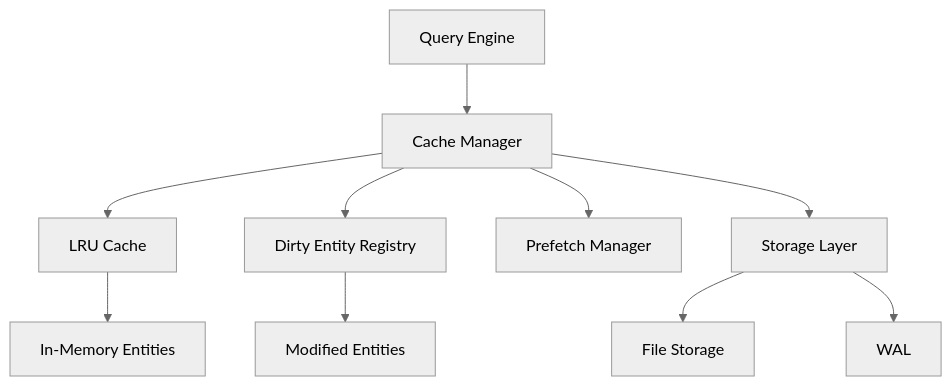
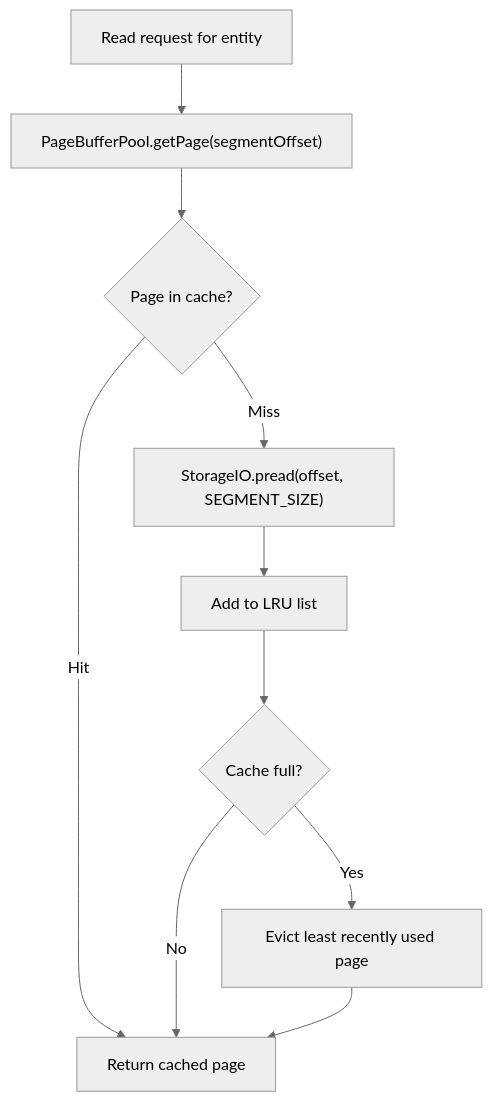
The first of 3 diagrams in docs/apps/docs/content/docs/en/zyx/architecture/cache.mdx (nexepic/zyx), drawn with Mermaid (neutral theme) before and after one commit. The commit also changed other lines of this file and 73 other files, not shown here.

````diff
--- a/docs/apps/docs/content/docs/en/zyx/architecture/cache.mdx
+++ b/docs/apps/docs/content/docs/en/zyx/architecture/cache.mdx
@@ -25,14 +30,12 @@
 ```mermaid
-graph TB
-    A[Query Engine] --> B[Cache Manager]
-    B --> C[LRU Cache]
-    B --> D[Dirty Entity Registry]
-    B --> E[Prefetch Manager]
-
-    C --> F[In-Memory Entities]
-    D --> G[Modified Entities]
-
-    B --> H[Storage Layer]
-    H --> I[File Storage]
-    H --> J[WAL]
+graph TD
+    A[Read request for entity] --> B["PageBufferPool.getPage(segmentOffset)"]
+    B --> C{Page in cache?}
+    C -->|Hit| D[Return cached page]
+    C -->|Miss| E["StorageIO.pread(offset, SEGMENT_SIZE)"]
+    E --> F[Add to LRU list]
+    F --> G{Cache full?}
+    G -->|Yes| H[Evict least recently used page]
+    G -->|No| D
+    H --> D
 ```
````
